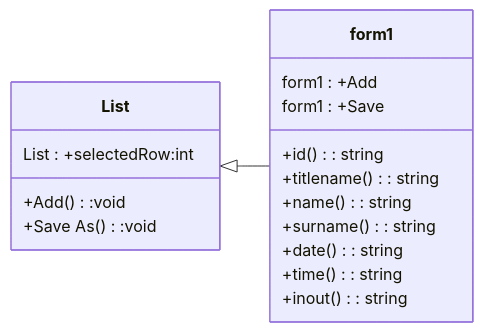
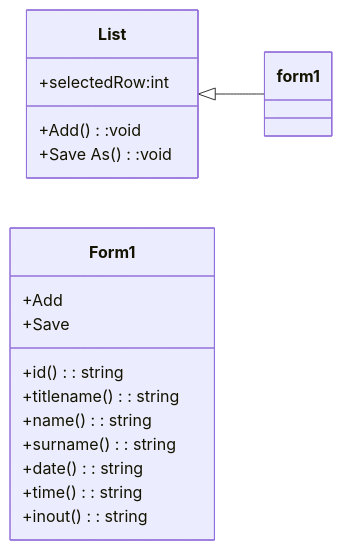
The diagram in README.md (kongphop3212/Final-Project-Assignment), drawn with Mermaid before and after one commit.

````diff
--- a/README.md
+++ b/README.md
@@ -9,21 +9,21 @@
 ```mermaid
 classDiagram
   List <|--form1
   direction LR
   class List{
-  List : +selectedRow:int
+  +selectedRow:int
   +Add():void
   +Save As():void
   }
-  class form1{
-  form1 : +Add
-  form1 : +Save
+  class Form1{
+  +Add
+  +Save
   +id() : string
   +titlename() : string
   +name() : string
   +surname() : string
   +date() : string
   +time() : string
   +inout() : string
   }
 ```
````
